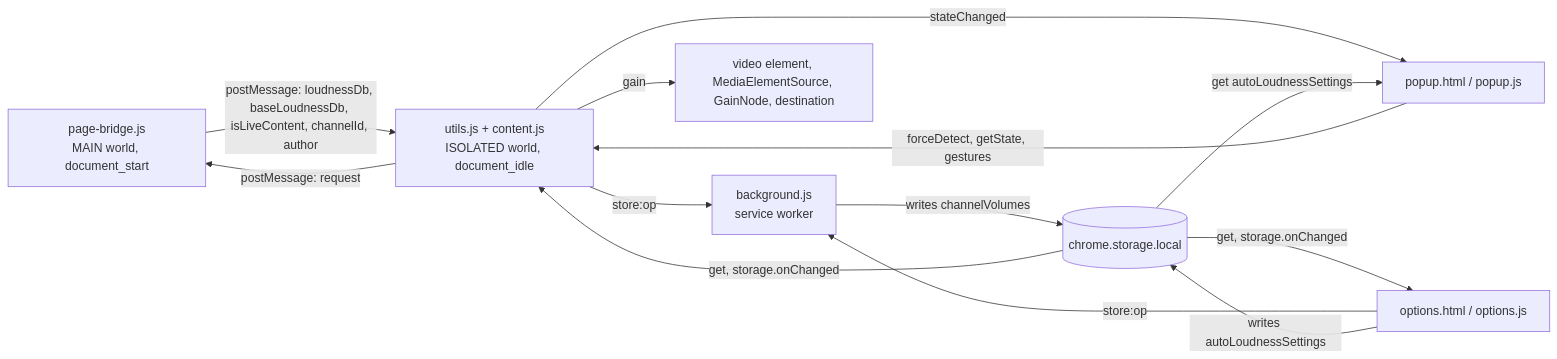
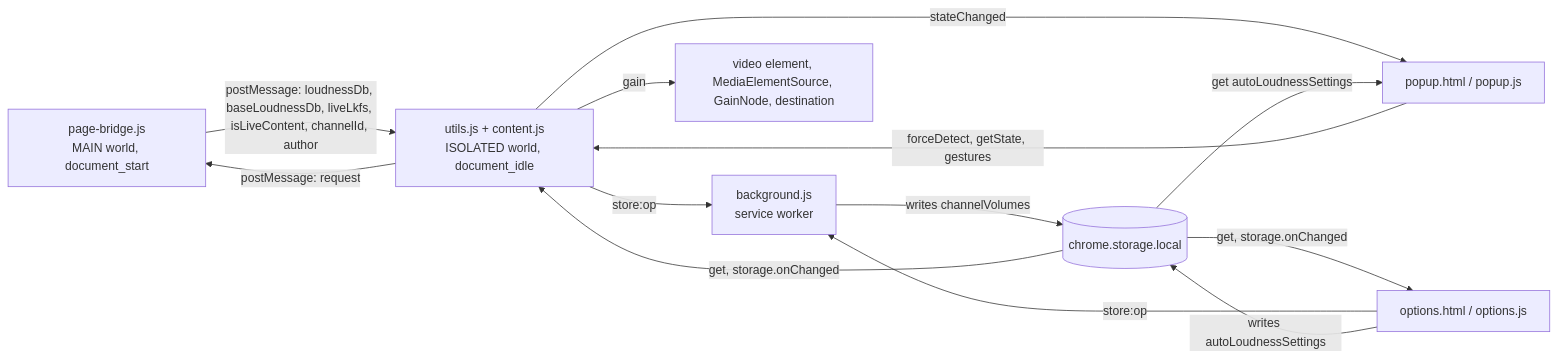
Before and after one commit to semnil/yt-channel-volume: the diagram in CLAUDE.md, drawn with Mermaid. The commit also changed other lines of this file and 9 other files, not shown here.

````diff
--- a/CLAUDE.md
+++ b/CLAUDE.md
@@ -9,23 +9,23 @@
 ```mermaid
 flowchart LR
   bridge["page-bridge.js<br>MAIN world, document_start"]
   content["utils.js + content.js<br>ISOLATED world, document_idle"]
   bg["background.js<br>service worker"]
   popup["popup.html / popup.js"]
   options["options.html / options.js"]
   store[("chrome.storage.local")]
   audio["video element, MediaElementSource, GainNode, destination"]
 
-  bridge -- "postMessage: loudnessDb, baseLoudnessDb, isLiveContent, channelId, author" --> content
+  bridge -- "postMessage: loudnessDb, baseLoudnessDb, liveLkfs, isLiveContent, channelId, author" --> content
   content -- "postMessage: request" --> bridge
   popup -- "forceDetect, getState, gestures" --> content
   content -- "stateChanged" --> popup
   content -- "store:op" --> bg
   options -- "store:op" --> bg
   bg -- "writes channelVolumes" --> store
   options -- "writes autoLoudnessSettings" --> store
   store -- "get, storage.onChanged" --> content
   store -- "get, storage.onChanged" --> options
   store -- "get autoLoudnessSettings" --> popup
   content -- "gain" --> audio
 ```
````
